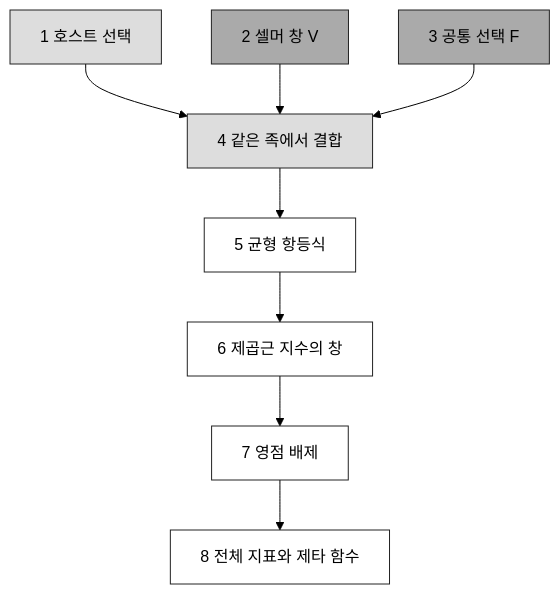
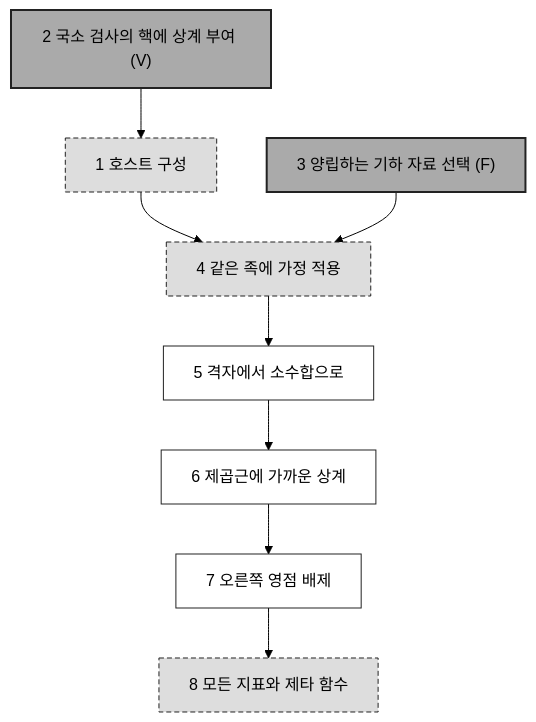
The diagram in docs/ko/proof-at-a-glance.md (GunheeC/rh-lean-verification-atlas), drawn with Mermaid (forest theme) before and after one commit. The commit also changed other lines of this file and 542 other files, not shown here.

````diff
--- a/docs/ko/proof-at-a-glance.md
+++ b/docs/ko/proof-at-a-glance.md
@@ -24,16 +37,16 @@
 ```mermaid
 flowchart TD
-    H["1 호스트 선택"] --> J["4 같은 족에서 결합"]
-    V["2 셀머 창 V"] --> J
-    F["3 공통 선택 F"] --> J
-    J --> B["5 균형 항등식"]
-    B --> W["6 제곱근 지수의 창"]
-    W --> L["7 영점 배제"]
-    L --> A["8 전체 지표와 제타 함수"]
+    H["1 호스트 구성"] --> J["4 같은 족에 가정 적용"]
+    V["2 국소 검사의 핵에 상계 부여 (V)"] --> H
+    F["3 양립하는 기하 자료 선택 (F)"] --> J
+    J --> B["5 격자에서 소수합으로"]
+    B --> W["6 제곱근에 가까운 상계"]
+    W --> L["7 오른쪽 영점 배제"]
+    L --> A["8 모든 지표와 제타 함수"]
     classDef written fill:#fff,stroke:#222
-    classDef outlined fill:#ddd,stroke:#222
-    classDef lean fill:#aaa,stroke:#222
-    class H,J outlined
+    classDef outlined fill:#ddd,stroke:#222,stroke-dasharray:5 3
+    classDef lean fill:#aaa,stroke:#222,stroke-width:2px
+    class H,J,A outlined
     class V,F lean
-    class B,W,L,A written
+    class B,W,L written
 ```
````
